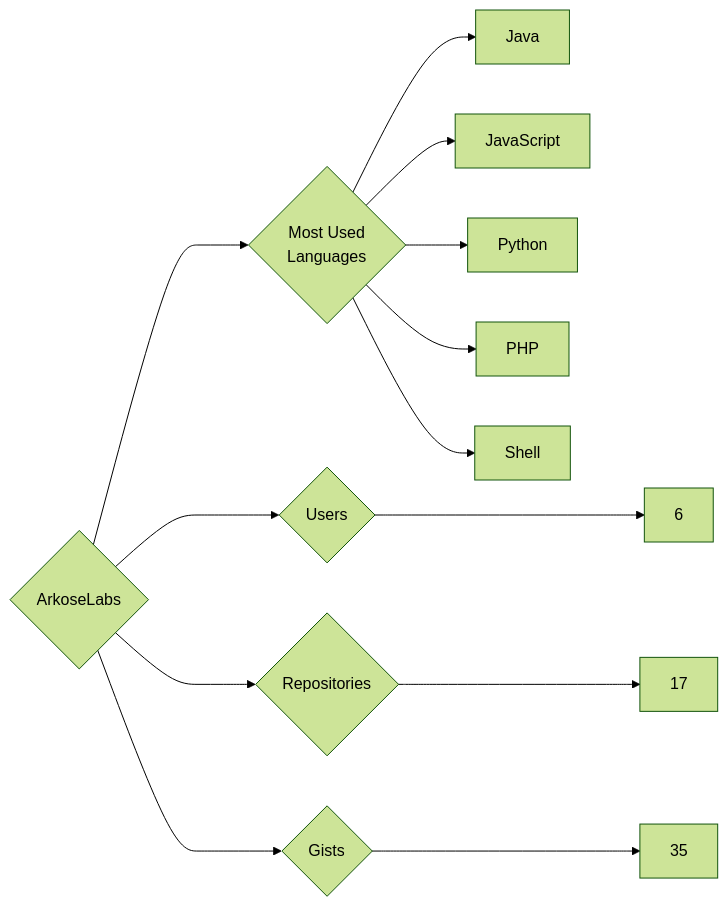
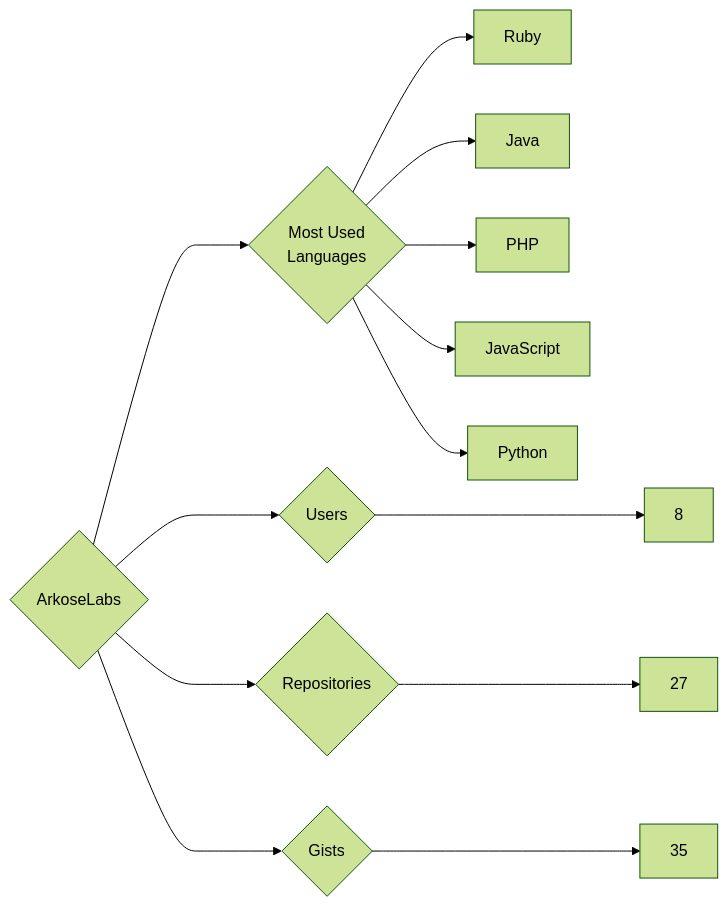
Before and after one commit to trickest/insiders: the diagram in targets/ArkoseLabs/README.md, drawn with Mermaid (forest theme). The commit also changed 1020 other files, not shown here.

````diff
--- a/targets/ArkoseLabs/README.md
+++ b/targets/ArkoseLabs/README.md
@@ -3,13 +3,13 @@
 ```mermaid
 graph LR
 COMPANY_NAME{ArkoseLabs}
-COMPANY_NAME ---> U{Users} ---> UN[6]
-COMPANY_NAME ---> R{Repositories} ---> RN[17]
+COMPANY_NAME ---> U{Users} ---> UN[8]
+COMPANY_NAME ---> R{Repositories} ---> RN[27]
 COMPANY_NAME ---> G{Gists} ---> GN[35]
 COMPANY_NAME ---> ML{Most Used<br>Languages}
+ML --> Ruby[Ruby]
 ML --> Java[Java]
+ML --> PHP[PHP]
 ML --> JavaScript[JavaScript]
 ML --> Python[Python]
-ML --> PHP[PHP]
-ML --> Shell[Shell]
 ```
````
